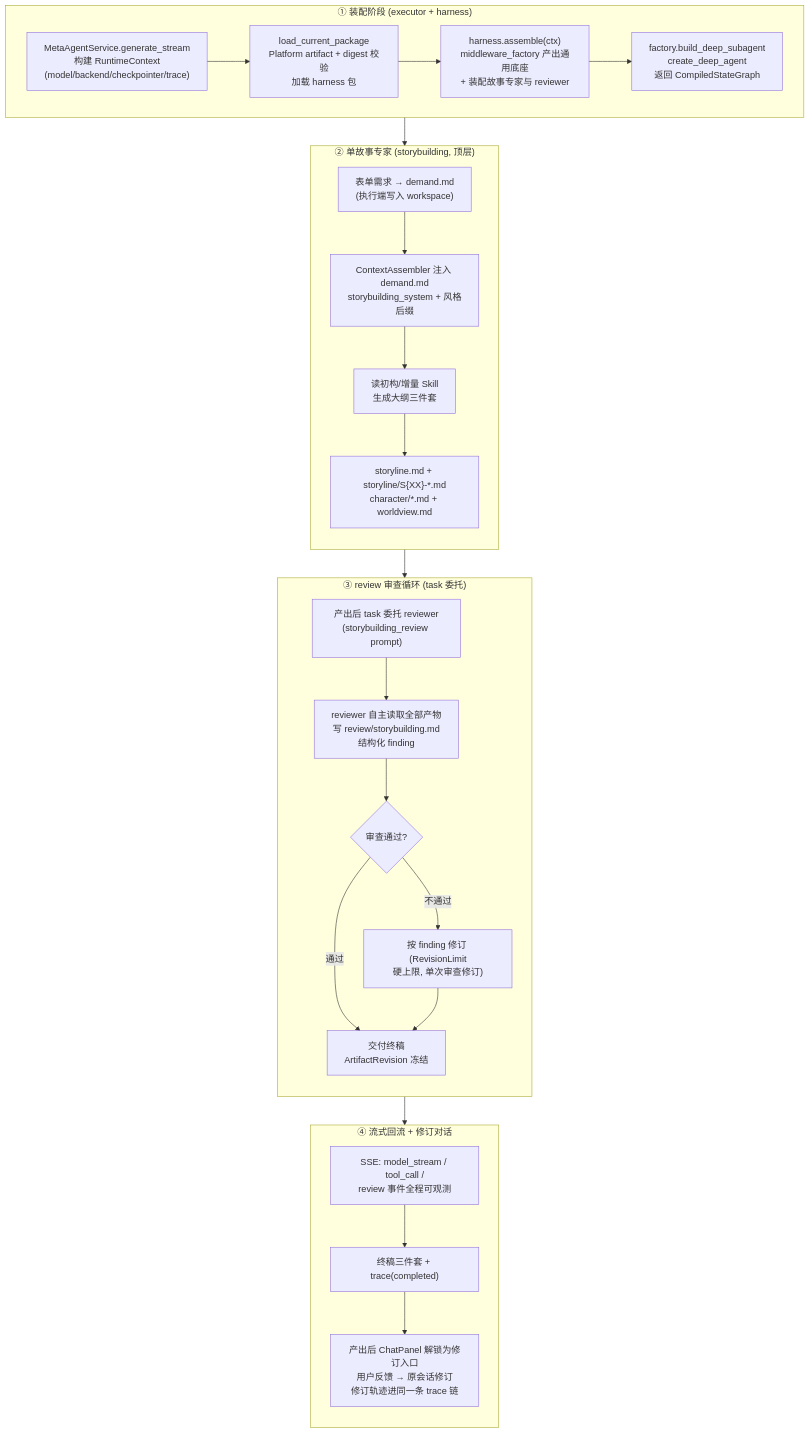
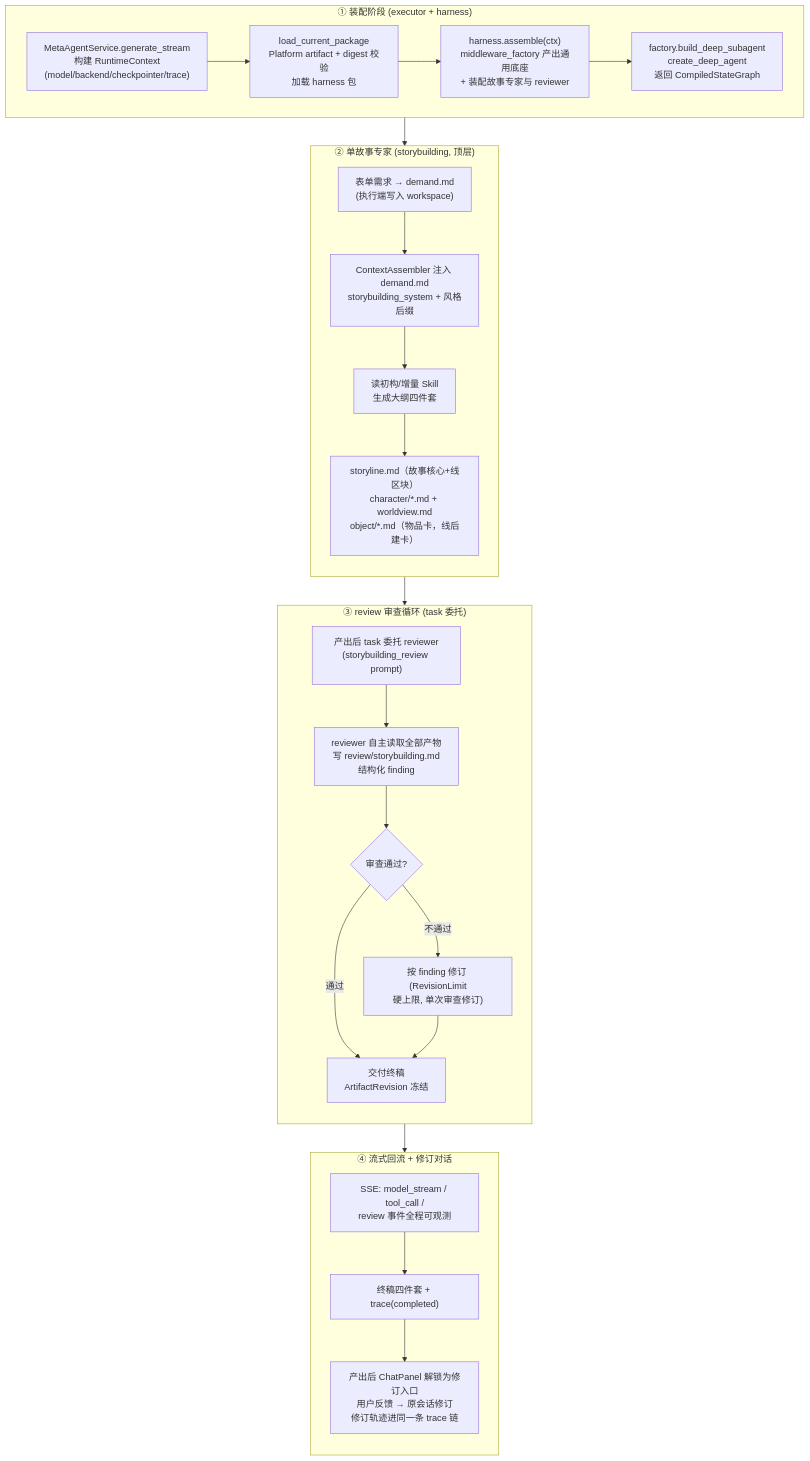
Before and after one commit to gaoshoupaper-code/EvoWriter: the seventh of 9 diagrams in docs/系统心智模型.md, drawn with Mermaid. The commit also changed other lines of this file and 24 other files, not shown here.

````diff
--- a/docs/系统心智模型.md
+++ b/docs/系统心智模型.md
@@ -804,41 +804,41 @@
 ```mermaid
 flowchart TD
     subgraph Assembly["① 装配阶段 (executor + harness)"]
         A1["MetaAgentService.generate_stream<br/>构建 RuntimeContext<br/>(model/backend/checkpointer/trace)"]
         A2["load_current_package<br/>Platform artifact + digest 校验<br/>加载 harness 包"]
         A3["harness.assemble(ctx)<br/>middleware_factory 产出通用底座<br/>+ 装配故事专家与 reviewer"]
         A4["factory.build_deep_subagent<br/>create_deep_agent<br/>返回 CompiledStateGraph"]
         A1 --> A2 --> A3 --> A4
     end
 
     subgraph Expert["② 单故事专家 (storybuilding, 顶层)"]
         direction TB
         E0["表单需求 → demand.md<br/>(执行端写入 workspace)"]
         E1["ContextAssembler 注入 demand.md<br/>storybuilding_system + 风格后缀"]
-        E2["读初构/增量 Skill<br/>生成大纲三件套"]
-        E3["storyline.md + storyline/S{XX}-*.md<br/>character/*.md + worldview.md"]
+        E2["读初构/增量 Skill<br/>生成大纲四件套"]
+        E3["storyline.md（故事核心+线区块）<br/>character/*.md + worldview.md<br/>object/*.md（物品卡，线后建卡）"]
         E0 --> E1 --> E2 --> E3
     end
 
     subgraph Loop["③ review 审查循环 (task 委托)"]
         direction TB
         L1["产出后 task 委托 reviewer<br/>(storybuilding_review prompt)"]
         L2["reviewer 自主读取全部产物<br/>写 review/storybuilding.md<br/>结构化 finding"]
         L3{"审查通过?"}
         L4["交付终稿<br/>ArtifactRevision 冻结"]
         L5["按 finding 修订 (RevisionLimit<br/>硬上限, 单次审查修订)"]
         L1 --> L2 --> L3
         L3 -->|"通过"| L4
         L3 -->|"不通过"| L5 --> L4
     end
 
     subgraph Stream["④ 流式回流 + 修订对话"]
         direction TB
         S1["SSE: model_stream / tool_call /<br/>review 事件全程可观测"]
-        S2["终稿三件套 + trace(completed)"]
+        S2["终稿四件套 + trace(completed)"]
         S3["产出后 ChatPanel 解锁为修订入口<br/>用户反馈 → 原会话修订<br/>修订轨迹进同一条 trace 链"]
         S1 --> S2 --> S3
     end
 
     Assembly --> Expert --> Loop --> Stream
 ```
````
